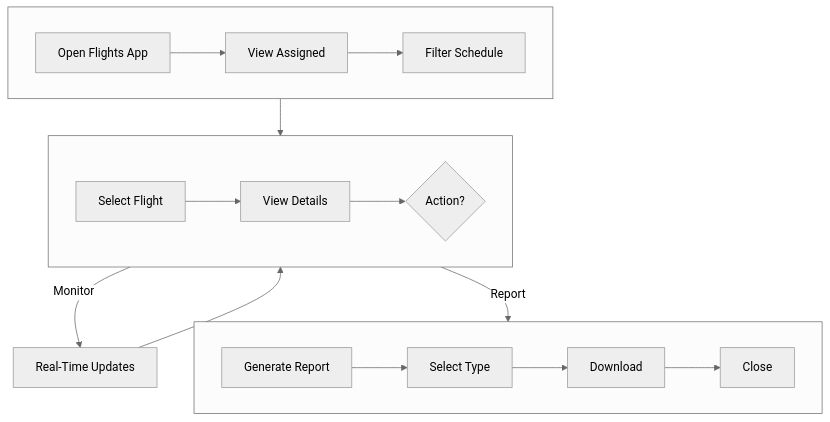
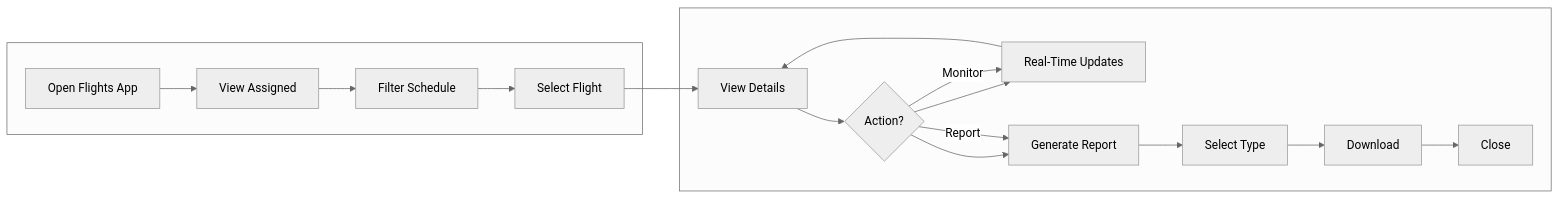
The ninth of 10 diagrams in docs/SEN3781_Assignment4_Information_Architecture_Report.md (RoundRobinHood/cogniflight-cloud), drawn with Mermaid (neutral theme) before and after one commit. The commit also changed other lines of this file, not shown here.

Commit message:
improved diagram readability

````diff
--- a/docs/SEN3781_Assignment4_Information_Architecture_Report.md
+++ b/docs/SEN3781_Assignment4_Information_Architecture_Report.md
@@ -463,19 +433,15 @@
 ```mermaid
-flowchart TB
+flowchart LR
     subgraph row1[" "]
-        direction LR
         A[Open Flights App] --> B[View Assigned] --> C[Filter Schedule]
+        C --> D[Select Flight]
     end
     subgraph row2[" "]
-        direction LR
-        D[Select Flight] --> E[View Details] --> F{Action?}
+        E[View Details] --> F{Action?} --> G[Real-Time Updates]
+        F --> H[Generate Report] --> I[Select Type] --> J[Download] --> K[Close]
     end
-    subgraph row3[" "]
-        direction LR
-        H[Generate Report] --> I[Select Type] --> J[Download] --> K[Close]
-    end
-    C --> D
-    F -->|Monitor| G[Real-Time Updates]
+    D --> E
+    F -->|Monitor| G
     G --> E
     F -->|Report| H
 ```
````
